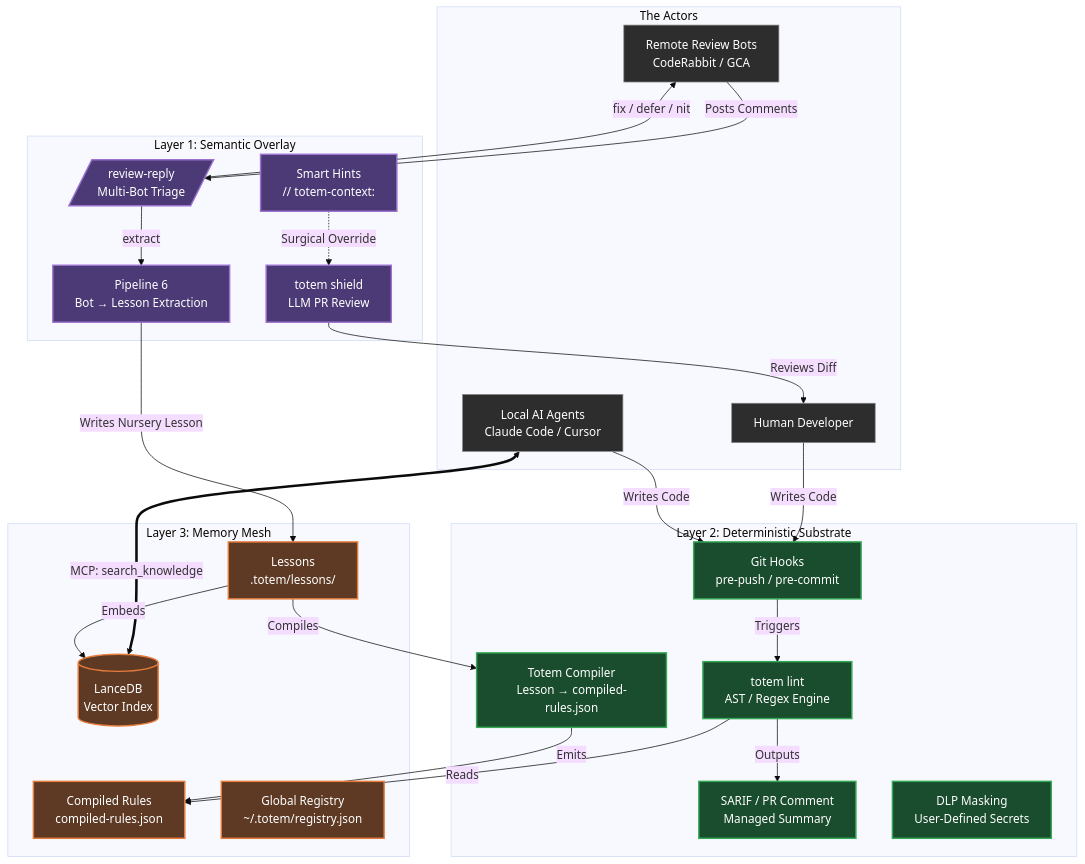
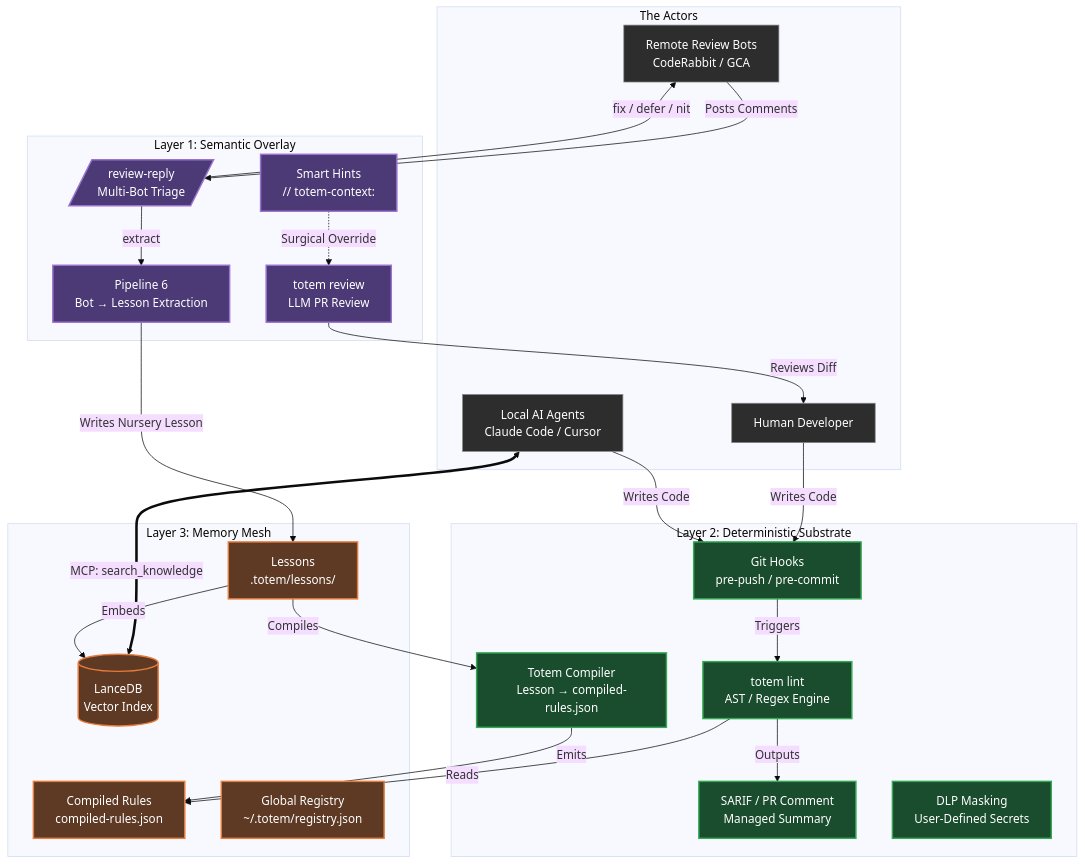
One commit to mmnto-ai/totem changed the fourth of 4 diagrams in docs/reference/architecture-diagram.md. Above: the diagram before and after it, drawn with Mermaid (base theme). The commit also changed other lines of this file and 47 other files, not shown here.

````diff
--- a/docs/reference/architecture-diagram.md
+++ b/docs/reference/architecture-diagram.md
@@ -117,70 +117,70 @@
 ```mermaid
 graph TD
     %% ─── USERS & AGENTS ───
     subgraph "The Actors"
         Dev[Human Developer]
         LocalAI[Local AI Agents<br/>Claude Code / Cursor]
         RemoteAI[Remote Review Bots<br/>CodeRabbit / GCA]
     end
 
     %% ─── THE SEMANTIC OVERLAY (Fuzzy, Contextual, LLM-Driven) ───
     subgraph "Layer 1: Semantic Overlay"
-        Shield[totem shield<br/>LLM PR Review]
+        Shield[totem review<br/>LLM PR Review]
         Triage[/review-reply<br/>Multi-Bot Triage/]
         Hints[Smart Hints<br/>// totem-context:]
         Extract[Pipeline 6<br/>Bot → Lesson Extraction]
     end
 
     %% ─── THE DETERMINISTIC SUBSTRATE (Rigid, Fast, Zero-LLM) ───
     subgraph "Layer 2: Deterministic Substrate"
         Lint[totem lint<br/>AST / Regex Engine]
         SARIF[SARIF / PR Comment<br/>Managed Summary]
         Hooks[Git Hooks<br/>pre-push / pre-commit]
         Compiler[Totem Compiler<br/>Lesson → compiled-rules.json]
         DLP[DLP Masking<br/>User-Defined Secrets]
     end
 
     %% ─── THE MEMORY MESH (Persistent State) ───
     subgraph "Layer 3: Memory Mesh"
         LanceDB[(LanceDB<br/>Vector Index)]
         Lessons[Lessons<br/>.totem/lessons/]
         Rules[Compiled Rules<br/>compiled-rules.json]
         Registry[Global Registry<br/>~/.totem/registry.json]
     end
 
     %% ─── AUTHORING FLOW ───
     Dev -->|Writes Code| Hooks
     LocalAI -->|Writes Code| Hooks
     Hints -.->|Surgical Override| Shield
 
     %% ─── MCP CONTEXT ───
     LocalAI <==>|MCP: search_knowledge| LanceDB
 
     %% ─── ENFORCEMENT ───
     Hooks -->|Triggers| Lint
     Lint -->|Reads| Rules
     Lint -->|Outputs| SARIF
 
     %% ─── COMPILATION ───
     Lessons -->|Compiles| Compiler
     Compiler -->|Emits| Rules
     Lessons -->|Embeds| LanceDB
 
     %% ─── REVIEW LOOP ───
     Shield -->|Reviews Diff| Dev
     RemoteAI -->|Posts Comments| Triage
     Triage -->|fix / defer / nit| RemoteAI
     Triage -->|extract| Extract
     Extract -->|Writes Nursery Lesson| Lessons
 
     %% ─── STYLING ───
     classDef semantic fill:#4b3a75,stroke:#9b72cf,stroke-width:2px,color:#fff
     classDef determin fill:#1a4d2e,stroke:#34a853,stroke-width:2px,color:#fff
     classDef storage fill:#5e3a24,stroke:#e67c3b,stroke-width:2px,color:#fff
     classDef actors fill:#2d2d2d,stroke:#888,stroke-width:1px,color:#fff
 
     class Shield,Triage,Hints,Extract semantic
     class Lint,SARIF,Hooks,Compiler,DLP determin
     class LanceDB,Lessons,Rules,Registry storage
     class Dev,LocalAI,RemoteAI actors
 ```
````
